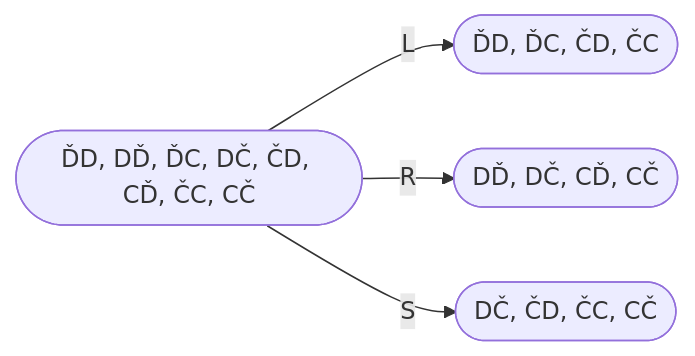
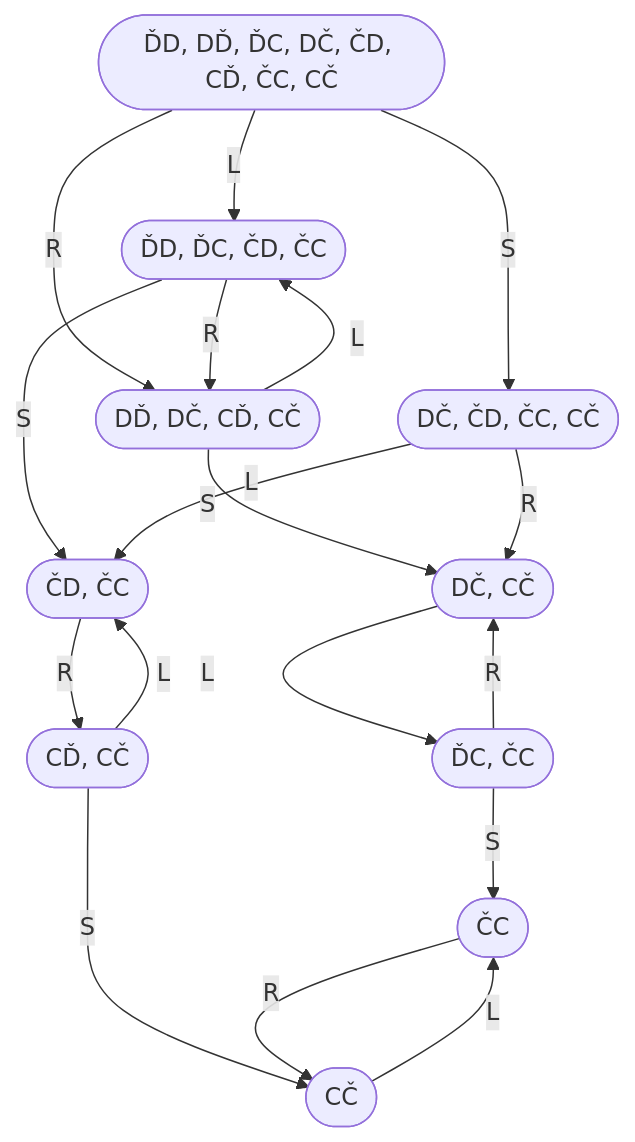
Before and after one commit to conmaol/maglocunus: the third of 3 diagrams in p/problems.md, drawn with Mermaid. The commit also changed other lines of this file, not shown here.

Commit message:
Update mermaid graph direction and states

````diff
--- a/p/problems.md
+++ b/p/problems.md
@@ -83,11 +83,30 @@
 ```mermaid
-graph LR
+graph TD
   kstate1(["ĎD, DĎ, ĎC, DČ, ČD, CĎ, ČC, CČ"])
   kstate2(["ĎD, ĎC, ČD, ČC"])
   kstate3(["DĎ, DČ, CĎ, CČ"])
   kstate4(["DČ, ČD, ČC, CČ"])
+  kstate5(["ČD, ČC"])
+  kstate6(["DČ, CČ"])
+  kstate7(["CĎ, CČ"])
+  kstate8(["ĎC, ČC"])
+  kstate9(["CČ"])
+  kstate10(["ČC"])
   kstate1 -- L --> kstate2
   kstate1 -- R --> kstate3
   kstate1 -- S --> kstate4
-
+  kstate2 -- R --> kstate3
+  kstate2 -- S --> kstate5
+  kstate3 -- L --> kstate2
+  kstate3 -- S --> kstate6
+  kstate4 -- L --> kstate5
+  kstate4 -- R --> kstate6
+  kstate5 -- R --> kstate7
+  kstate6 -- L --> kstate8
+  kstate7 -- L --> kstate5
+  kstate7 -- S --> kstate9
+  kstate8 -- R --> kstate6
+  kstate8 -- S --> kstate10
+  kstate9 -- L --> kstate10
+  kstate10 -- R --> kstate9
 ```
````
